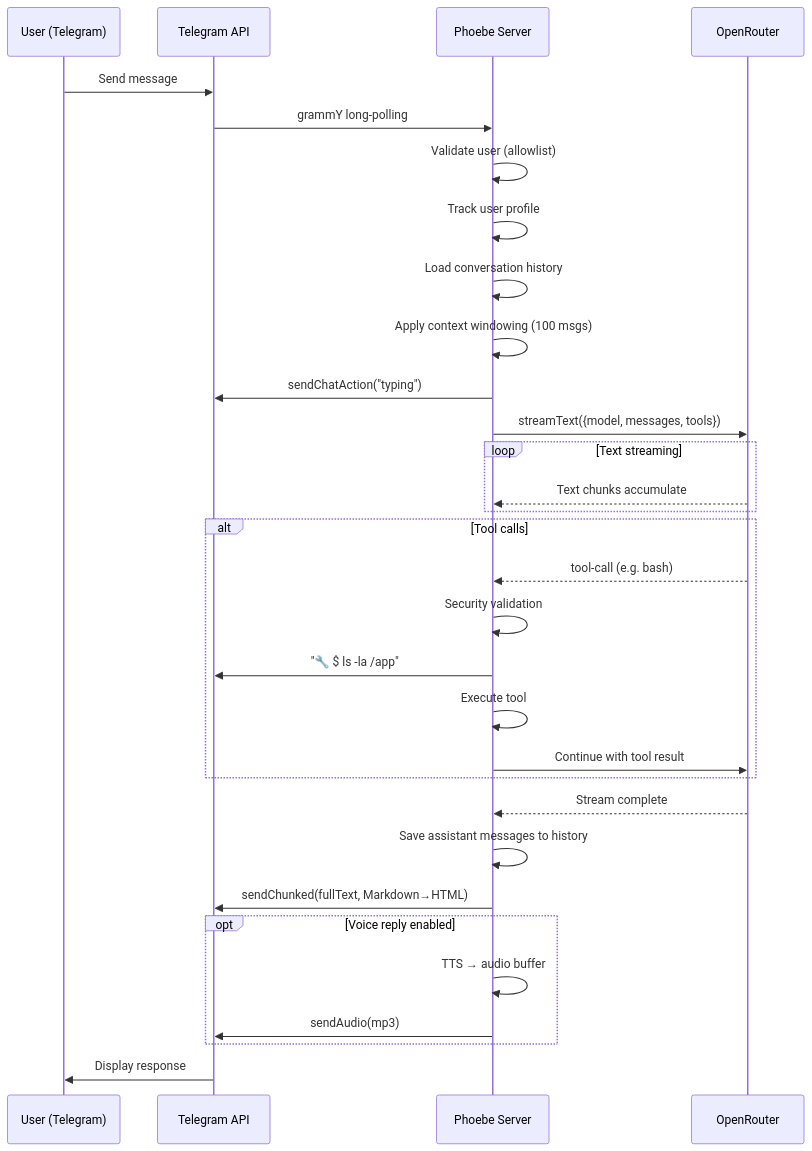
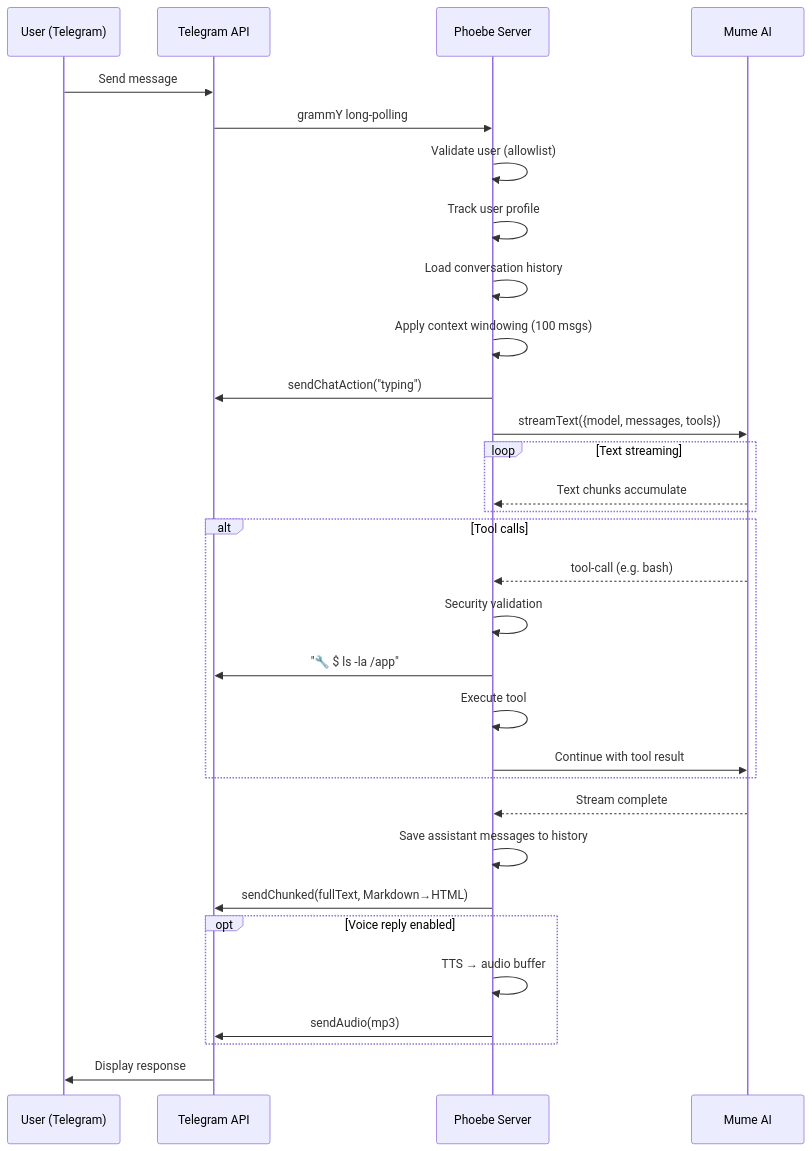
One commit to muse-mesh/phoebe changed the fifth of 13 diagrams in ARCHITECTURE.md. Above: the diagram before and after it, drawn with Mermaid. The commit also changed other lines of this file and 8 other files, not shown here.

````diff
--- a/ARCHITECTURE.md
+++ b/ARCHITECTURE.md
@@ -301,39 +301,39 @@
 ```mermaid
 sequenceDiagram
     participant U as User (Telegram)
     participant TG as Telegram API
     participant P as Phoebe Server
-    participant AI as OpenRouter
+    participant AI as Mume AI
 
     U->>TG: Send message
     TG->>P: grammY long-polling
     P->>P: Validate user (allowlist)
     P->>P: Track user profile
     P->>P: Load conversation history
     P->>P: Apply context windowing (100 msgs)
     P->>TG: sendChatAction("typing")
 
     P->>AI: streamText({model, messages, tools})
     loop Text streaming
         AI-->>P: Text chunks accumulate
     end
 
     alt Tool calls
         AI-->>P: tool-call (e.g. bash)
         P->>P: Security validation
         P->>TG: "🔧 $ ls -la /app"
         P->>P: Execute tool
         P->>AI: Continue with tool result
     end
 
     AI-->>P: Stream complete
     P->>P: Save assistant messages to history
     P->>TG: sendChunked(fullText, Markdown→HTML)
 
     opt Voice reply enabled
         P->>P: TTS → audio buffer
         P->>TG: sendAudio(mp3)
     end
 
     TG->>U: Display response
 ```
````
